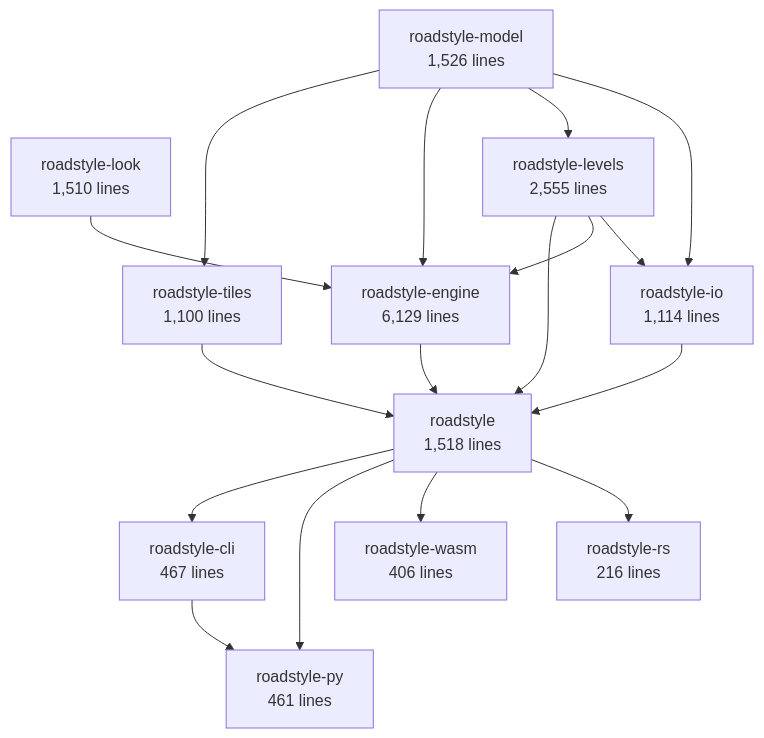
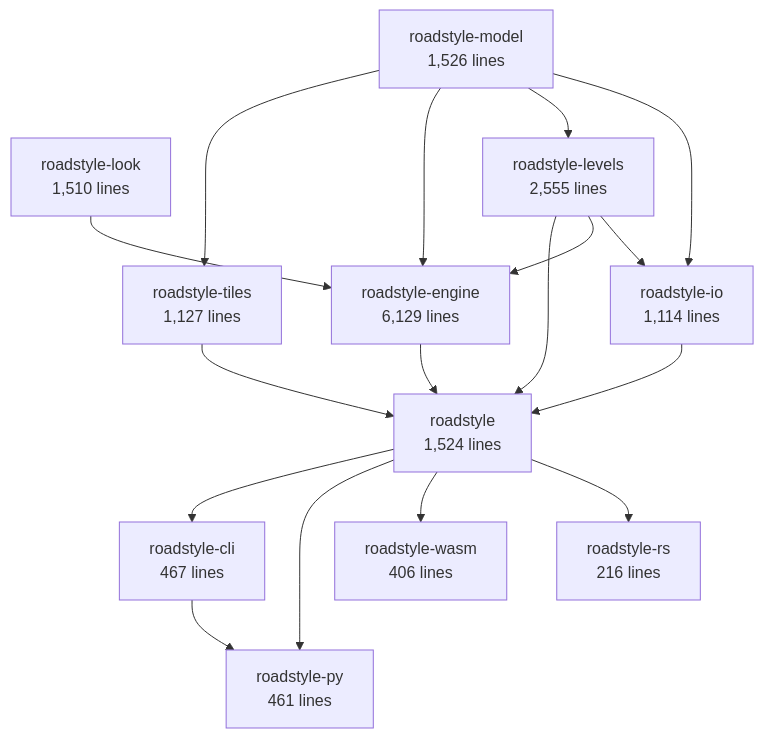
Before and after one commit to Khoshkhah/roadstyle: the second of 6 diagrams in docs/rust/architecture.md, drawn with Mermaid. The commit also changed other lines of this file and 4 other files, not shown here.

````diff
--- a/docs/rust/architecture.md
+++ b/docs/rust/architecture.md
@@ -69,30 +69,30 @@
 ```mermaid
 flowchart TB
     roadstyle_model["roadstyle-model<br/>1,526 lines"]
     roadstyle_look["roadstyle-look<br/>1,510 lines"]
     roadstyle_io["roadstyle-io<br/>1,114 lines"]
     roadstyle_levels["roadstyle-levels<br/>2,555 lines"]
     roadstyle_engine["roadstyle-engine<br/>6,129 lines"]
-    roadstyle_tiles["roadstyle-tiles<br/>1,100 lines"]
-    roadstyle["roadstyle<br/>1,518 lines"]
+    roadstyle_tiles["roadstyle-tiles<br/>1,127 lines"]
+    roadstyle["roadstyle<br/>1,524 lines"]
     roadstyle_rs["roadstyle-rs<br/>216 lines"]
     roadstyle_wasm["roadstyle-wasm<br/>406 lines"]
     roadstyle_py["roadstyle-py<br/>461 lines"]
     roadstyle_cli["roadstyle-cli<br/>467 lines"]
     roadstyle_levels --> roadstyle_io
     roadstyle_model --> roadstyle_io
     roadstyle_model --> roadstyle_levels
     roadstyle_levels --> roadstyle_engine
     roadstyle_look --> roadstyle_engine
     roadstyle_model --> roadstyle_engine
     roadstyle_model --> roadstyle_tiles
     roadstyle_engine --> roadstyle
     roadstyle_io --> roadstyle
     roadstyle_levels --> roadstyle
     roadstyle_tiles --> roadstyle
     roadstyle --> roadstyle_rs
     roadstyle --> roadstyle_wasm
     roadstyle --> roadstyle_py
     roadstyle_cli --> roadstyle_py
     roadstyle --> roadstyle_cli
 ```
````
